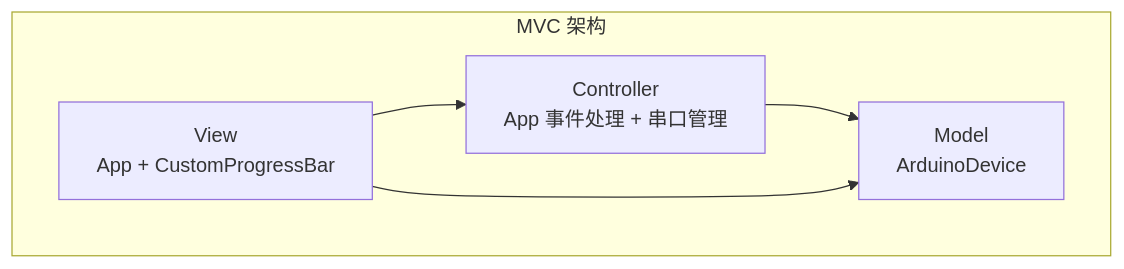
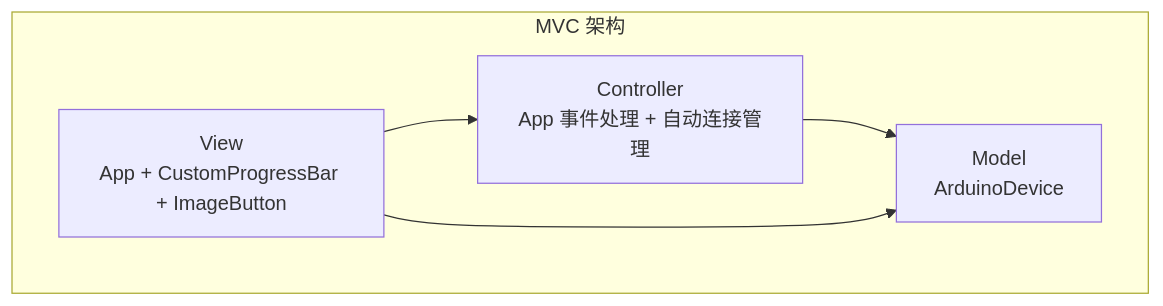
The second of 11 diagrams in .qoder/repowiki/zh/content/桌面应用架构/桌面应用架构.md (Hankun-P/wireless-keyboard-toy), drawn with Mermaid before and after one commit. The commit also changed other lines of this file and 10 other files, not shown here.

````diff
--- a/.qoder/repowiki/zh/content/桌面应用架构/桌面应用架构.md
+++ b/.qoder/repowiki/zh/content/桌面应用架构/桌面应用架构.md
@@ -153,11 +181,11 @@
 ```mermaid
 graph TB
 subgraph "MVC 架构"
 MODEL["Model<br/>ArduinoDevice"]
-VIEW["View<br/>App + CustomProgressBar"]
-CTRL["Controller<br/>App 事件处理 + 串口管理"]
+VIEW["View<br/>App + CustomProgressBar + ImageButton"]
+CTRL["Controller<br/>App 事件处理 + 自动连接管理"]
 end
 CTRL --> MODEL
 VIEW --> CTRL
 VIEW --> MODEL
 ```
````
